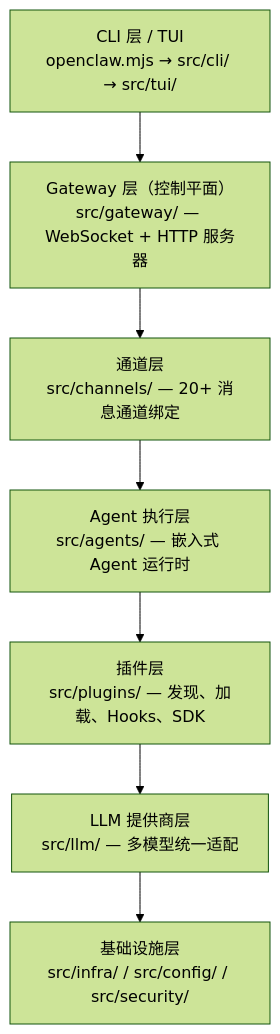
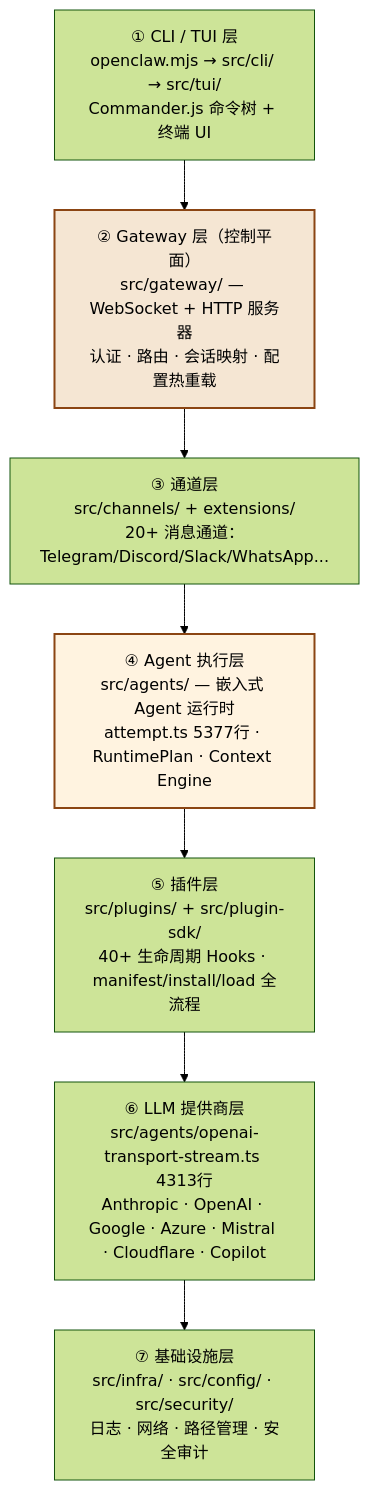
The first of 2 diagrams in docs-site/docs/chapters/01-architecture.md (qqnhy/openclaw-code-analysiswiki), drawn with Mermaid (forest theme) before and after one commit. The commit also changed other lines of this file and 8 other files, not shown here.

First line of the commit message:
深化源码速查全部10章：添加实际源码片段、调用链图和设计分析

````diff
--- a/docs-site/docs/chapters/01-architecture.md
+++ b/docs-site/docs/chapters/01-architecture.md
@@ -24,10 +23,15 @@
 ```mermaid
 graph TD
-    A["CLI 层 / TUI<br>openclaw.mjs → src/cli/ → src/tui/"] --> B
-    B["Gateway 层（控制平面）<br>src/gateway/ — WebSocket + HTTP 服务器"] --> C
-    C["通道层<br>src/channels/ — 20+ 消息通道绑定"] --> D
-    D["Agent 执行层<br>src/agents/ — 嵌入式 Agent 运行时"] --> E
-    E["插件层<br>src/plugins/ — 发现、加载、Hooks、SDK"] --> F
-    F["LLM 提供商层<br>src/llm/ — 多模型统一适配"] --> G
-    G["基础设施层<br>src/infra/ / src/config/ / src/security/"]
+    L1["① CLI / TUI 层<br>openclaw.mjs → src/cli/ → src/tui/<br>Commander.js 命令树 + 终端 UI"]
+    L2["② Gateway 层（控制平面）<br>src/gateway/ — WebSocket + HTTP 服务器<br>认证 · 路由 · 会话映射 · 配置热重载"]
+    L3["③ 通道层<br>src/channels/ + extensions/<br>20+ 消息通道：Telegram/Discord/Slack/WhatsApp..."]
+    L4["④ Agent 执行层<br>src/agents/ — 嵌入式 Agent 运行时<br>attempt.ts 5377行 · RuntimePlan · Context Engine"]
+    L5["⑤ 插件层<br>src/plugins/ + src/plugin-sdk/<br>40+ 生命周期 Hooks · manifest/install/load 全流程"]
+    L6["⑥ LLM 提供商层<br>src/agents/openai-transport-stream.ts 4313行<br>Anthropic · OpenAI · Google · Azure · Mistral · Cloudflare · Copilot"]
+    L7["⑦ 基础设施层<br>src/infra/ · src/config/ · src/security/<br>日志 · 网络 · 路径管理 · 安全审计"]
+
+    L1 --> L2 --> L3 --> L4 --> L5 --> L6 --> L7
+
+    style L2 fill:#f5e6d3,stroke:#8B4513,stroke-width:2px
+    style L4 fill:#fff3e0,stroke:#8B4513,stroke-width:2px
 ```
````
